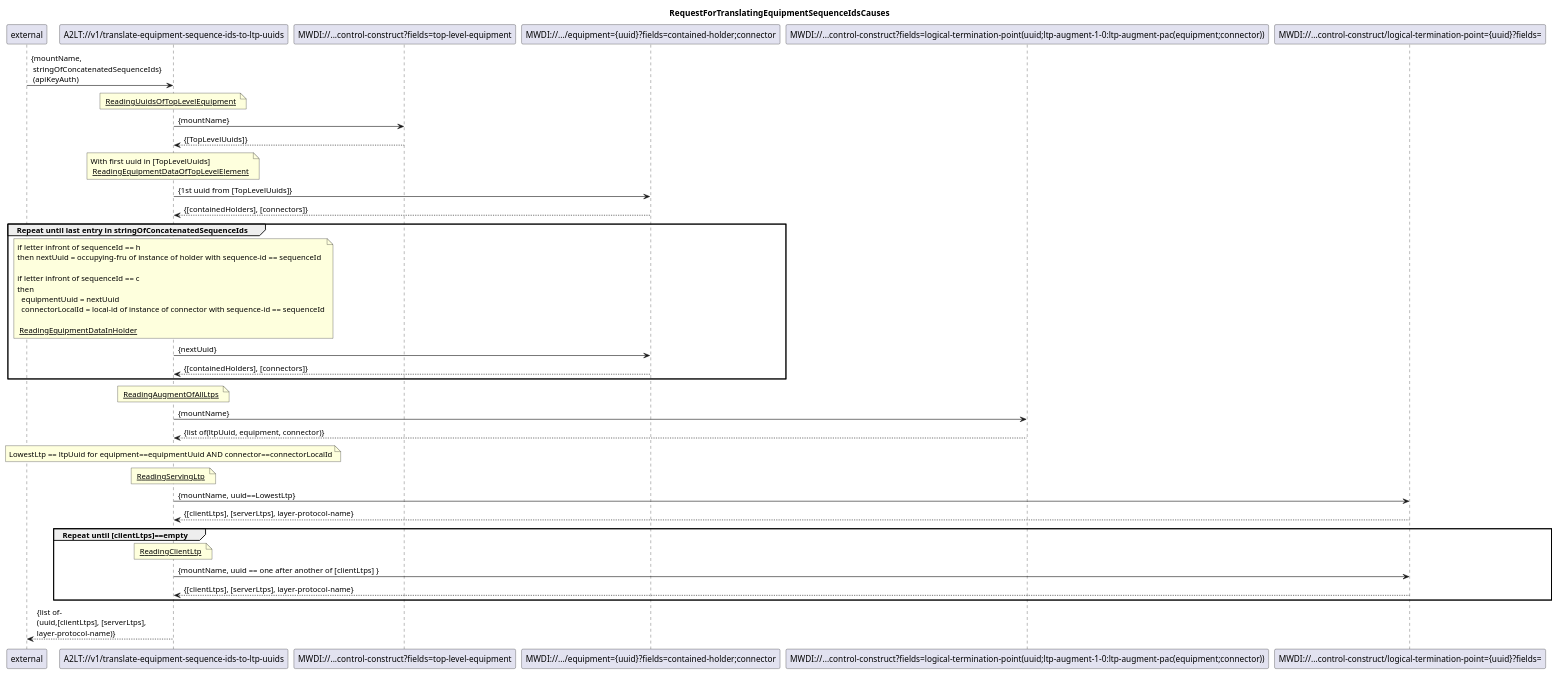
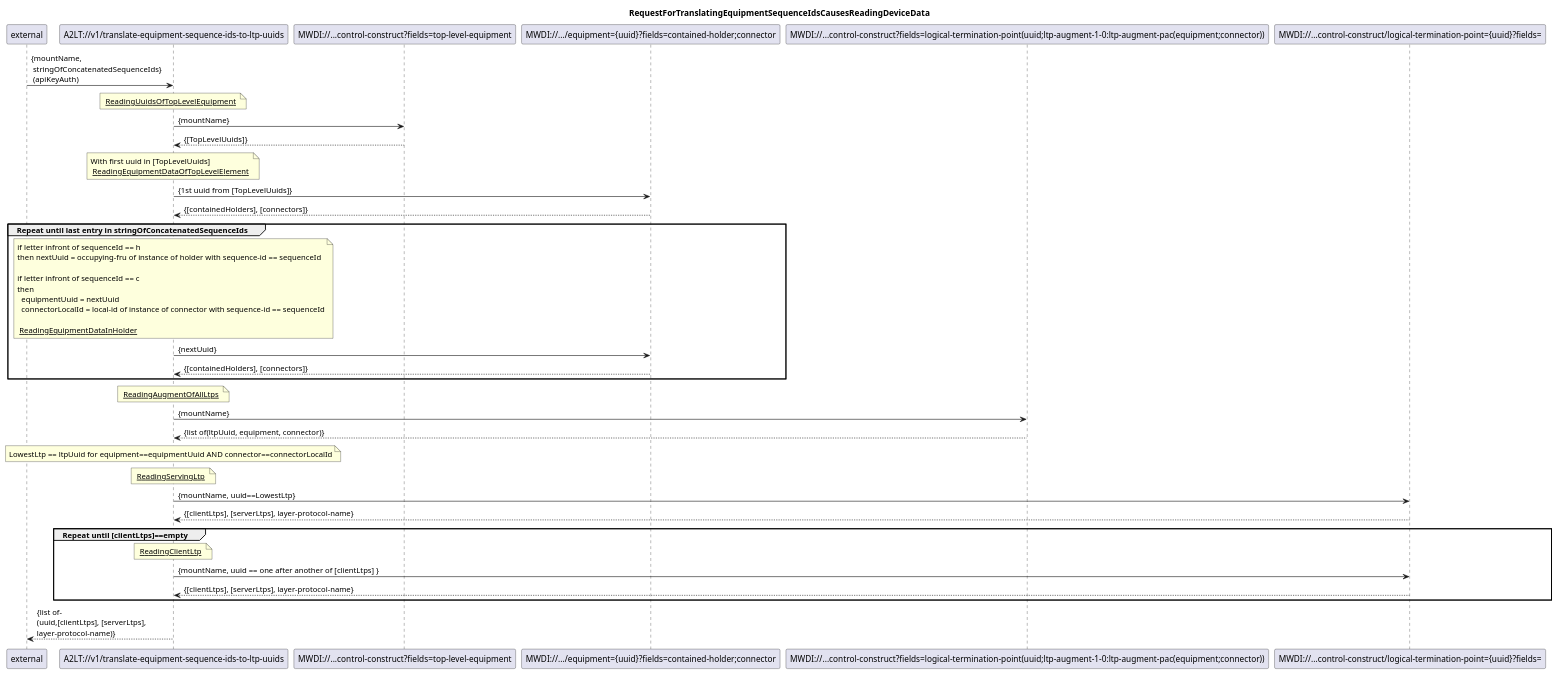
Before and after one commit to openBackhaul/Accessport2LtpTranslator: the diagram in spec/diagrams/01x_translate-equipment-sequence-ids-to-ltp-uuids.plantuml, drawn with PlantUML. The commit also changed 3 other files, not shown here.

```diff
--- a/spec/diagrams/01x_translate-equipment-sequence-ids-to-ltp-uuids.plantuml
+++ b/spec/diagrams/01x_translate-equipment-sequence-ids-to-ltp-uuids.plantuml
@@ -1,76 +1,76 @@
 @startuml 01x_translate-equipment-sequence-ids-to-ltp-uuids
 skinparam responseMessageBelowArrow true
 
-title RequestForTranslatingEquipmentSequenceIdsCauses
+title RequestForTranslatingEquipmentSequenceIdsCausesReadingDeviceData
 
 participant "external" as external
 participant "A2LT://v1/translate-equipment-sequence-ids-to-ltp-uuids" as offeredService
 participant "MWDI://...control-construct?fields=top-level-equipment" as topLevel
   ' complete path: participant "MWDI://core-model-1-4:network-control-domain=cache/control-construct={mountName}?fields=top-level-equipment" as topLevel'
 participant "MWDI://.../equipment={uuid}?fields=contained-holder;connector" as equipment
   ' complete path: participant "MWDI://core-model-1-4:network-control-domain=cache/control-construct={mountName}/equipment={uuid}?fields=contained-holder;connector" as equipment'
 participant "MWDI://...control-construct?fields=logical-termination-point(uuid;ltp-augment-1-0:ltp-augment-pac(equipment;connector))" as ltpList
   ' complete path: participant "MWDI://core-model-1-4:network-control-domain=cache/control-construct={mountName}?fields=logical-termination-point(uuid;ltp-augment-1-0:ltp-augment-pac(equipment;connector))" as ltpList'
 participant "MWDI://...control-construct/logical-termination-point={uuid}?fields=" as clientLtp
   ' complete path: participant "MWDI://core-model-1-4:network-control-domain=cache/control-construct={mountName}/logical-termination-point={uuid}?fields=" as clientLtp'
 
 external -> offeredService : {mountName, \n stringOfConcatenatedSequenceIds} \n (apiKeyAuth)
 
 note over offeredService
   <u> ReadingUuidsOfTopLevelEquipment </u>
 end note
 offeredService -> topLevel : {mountName}
 topLevel --> offeredService : {[TopLevelUuids]}
 
 note over offeredService
   With first uuid in [TopLevelUuids]
   <u> ReadingEquipmentDataOfTopLevelElement </u>
 end note
 offeredService -> equipment : {1st uuid from [TopLevelUuids]}
 equipment --> offeredService : {[containedHolders], [connectors]}
 
 group Repeat until last entry in stringOfConcatenatedSequenceIds
   note over offeredService
     if letter infront of sequenceId == h
     then nextUuid = occupying-fru of instance of holder with sequence-id == sequenceId
 
     if letter infront of sequenceId == c
     then 
       equipmentUuid = nextUuid
       connectorLocalId = local-id of instance of connector with sequence-id == sequenceId
 
     <u> ReadingEquipmentDataInHolder </u>
   end note
   offeredService -> equipment : {nextUuid}
   equipment --> offeredService : {[containedHolders], [connectors]}
 end
 
 note over offeredService
   <u> ReadingAugmentOfAllLtps </u>
 end note
 offeredService -> ltpList : {mountName}
 ltpList --> offeredService : {list of(ltpUuid, equipment, connector)}
 
 note over offeredService
   LowestLtp == ltpUuid for equipment==equipmentUuid AND connector==connectorLocalId
 end note
 
 note over offeredService
   <u> ReadingServingLtp </u>
 end note
   offeredService -> clientLtp : {mountName, uuid==LowestLtp}
   clientLtp --> offeredService : {[clientLtps], [serverLtps], layer-protocol-name}
 
 group Repeat until [clientLtps]==empty
   note over offeredService
         <u> ReadingClientLtp </u>
   end note
   offeredService -> clientLtp : {mountName, uuid == one after another of [clientLtps] }
   clientLtp --> offeredService : {[clientLtps], [serverLtps], layer-protocol-name}
 end
 
 
 
 offeredService --> external : {list of-\n(uuid,[clientLtps], [serverLtps],\nlayer-protocol-name)}
 
 @enduml
```
